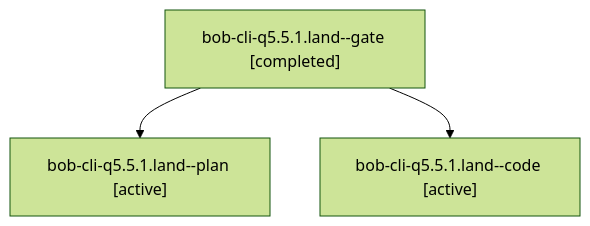
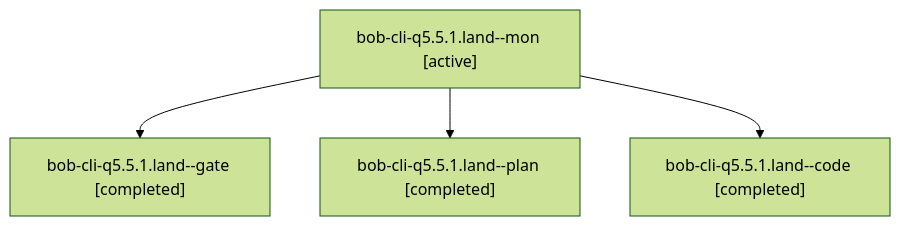
One commit to bobs-org/bob-cli--agents changed the diagram in sessions/bbugyi200.athena.bob-cli-q5.5.1.land.md. Above: the diagram before and after it, drawn with Mermaid (forest theme). The commit also changed other lines of this file and 286 other files, not shown here.

````diff
--- a/sessions/bbugyi200.athena.bob-cli-q5.5.1.land.md
+++ b/sessions/bbugyi200.athena.bob-cli-q5.5.1.land.md
@@ -9,8 +9,10 @@
 ```mermaid
 flowchart TD
-  n0["bob-cli-q5.5.1.land--gate [completed]"]
-  n1["bob-cli-q5.5.1.land--plan [active]"]
+  n0["bob-cli-q5.5.1.land--mon [active]"]
+  n1["bob-cli-q5.5.1.land--gate [completed]"]
   n0 --> n1
-  n2["bob-cli-q5.5.1.land--code [active]"]
+  n2["bob-cli-q5.5.1.land--plan [completed]"]
   n0 --> n2
+  n3["bob-cli-q5.5.1.land--code [completed]"]
+  n0 --> n3
 ```
````
